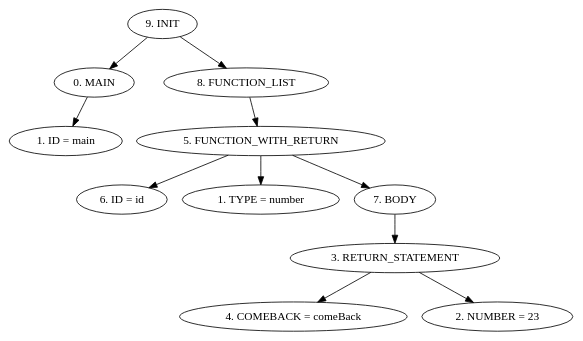
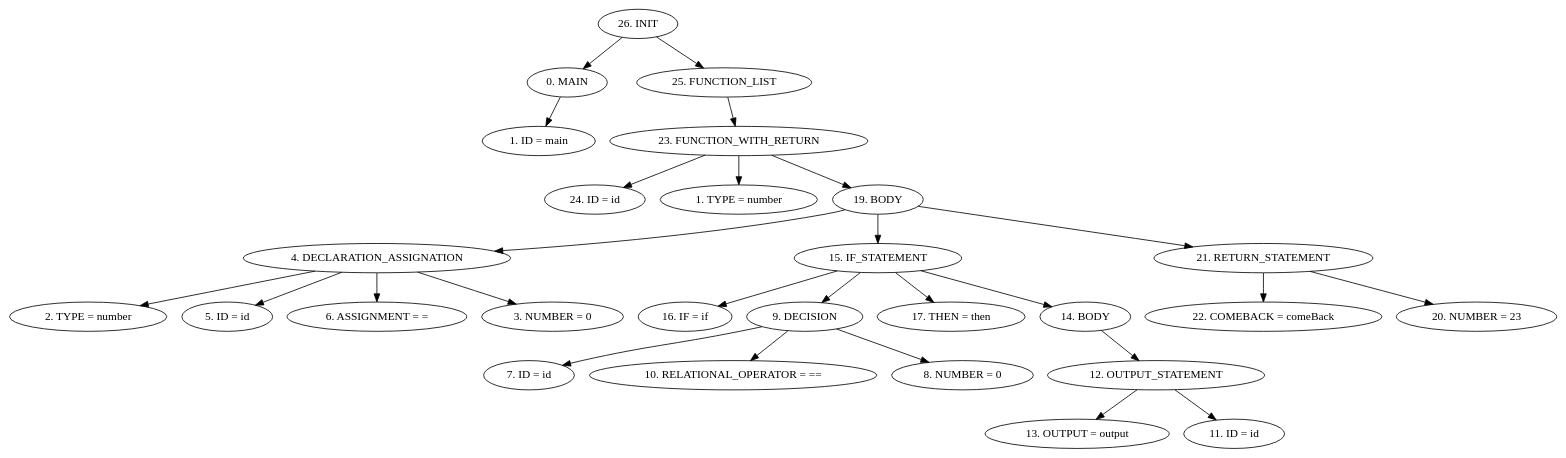
One commit to Carlosvhz/compiladores_proyecto changed the diagram in src/AST/AST.dot. Above: the diagram before and after it, drawn with Graphviz. The commit also changed 3 other files, not shown here.

```diff
--- a/src/AST/AST.dot
+++ b/src/AST/AST.dot
@@ -1,14 +1,30 @@
 digraph G {
-"9. INIT"->"0. MAIN"
+"26. INIT"->"0. MAIN"
 "0. MAIN"->"1. ID = main"
-"9. INIT"->"8. FUNCTION_LIST"
-"8. FUNCTION_LIST"->"5. FUNCTION_WITH_RETURN"
-"5. FUNCTION_WITH_RETURN"->"6. ID = id"
-"5. FUNCTION_WITH_RETURN"->"1. TYPE = number"
-"5. FUNCTION_WITH_RETURN"->"7. BODY"
-"7. BODY"->"3. RETURN_STATEMENT"
-"3. RETURN_STATEMENT"->"4. COMEBACK = comeBack"
-"3. RETURN_STATEMENT"->"2. NUMBER = 23"
+"26. INIT"->"25. FUNCTION_LIST"
+"25. FUNCTION_LIST"->"23. FUNCTION_WITH_RETURN"
+"23. FUNCTION_WITH_RETURN"->"24. ID = id"
+"23. FUNCTION_WITH_RETURN"->"1. TYPE = number"
+"23. FUNCTION_WITH_RETURN"->"19. BODY"
+"19. BODY"->"4. DECLARATION_ASSIGNATION"
+"4. DECLARATION_ASSIGNATION"->"2. TYPE = number"
+"4. DECLARATION_ASSIGNATION"->"5. ID = id"
+"4. DECLARATION_ASSIGNATION"->"6. ASSIGNMENT = ="
+"4. DECLARATION_ASSIGNATION"->"3. NUMBER = 0"
+"19. BODY"->"15. IF_STATEMENT"
+"15. IF_STATEMENT"->"16. IF = if"
+"15. IF_STATEMENT"->"9. DECISION"
+"9. DECISION"->"7. ID = id"
+"9. DECISION"->"10. RELATIONAL_OPERATOR = =="
+"9. DECISION"->"8. NUMBER = 0"
+"15. IF_STATEMENT"->"17. THEN = then"
+"15. IF_STATEMENT"->"14. BODY"
+"14. BODY"->"12. OUTPUT_STATEMENT"
+"12. OUTPUT_STATEMENT"->"13. OUTPUT = output"
+"12. OUTPUT_STATEMENT"->"11. ID = id"
+"19. BODY"->"21. RETURN_STATEMENT"
+"21. RETURN_STATEMENT"->"22. COMEBACK = comeBack"
+"21. RETURN_STATEMENT"->"20. NUMBER = 23"
 
 
 }
```
